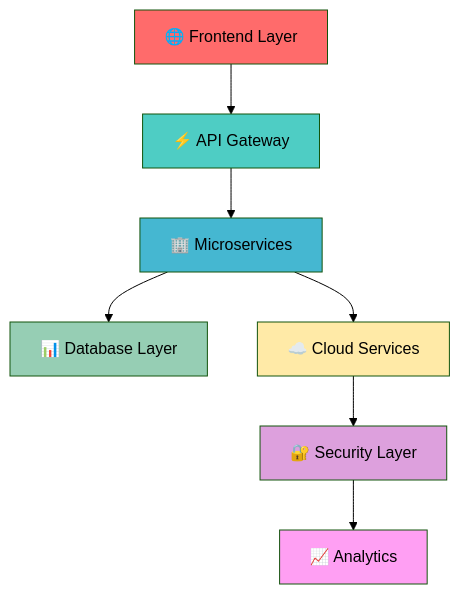
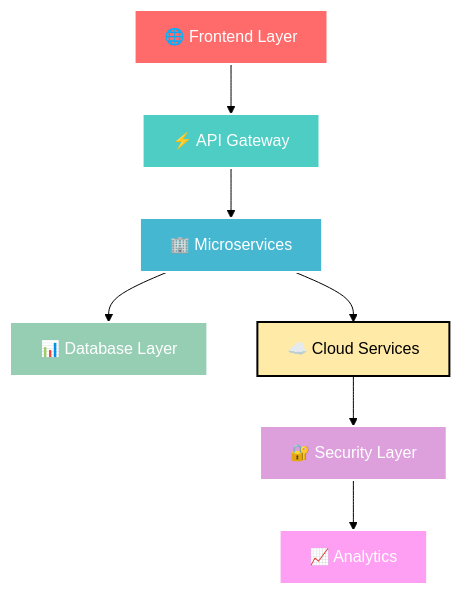
One commit to Gen-Spider/Gen-Spider changed the diagram in README.md. Above: the diagram before and after it, drawn with Mermaid (forest theme). The commit also changed other lines of this file, not shown here.

````diff
--- a/README.md
+++ b/README.md
@@ -163,17 +90,17 @@
 ```mermaid
 graph TD
     A[🌐 Frontend Layer] --> B[⚡ API Gateway]
     B --> C[🏢 Microservices]
     C --> D[📊 Database Layer]
     C --> E[☁️ Cloud Services]
     E --> F[🔐 Security Layer]
     F --> G[📈 Analytics]
     
-    style A fill:#ff6b6b
-    style B fill:#4ecdc4
-    style C fill:#45b7d1
-    style D fill:#96ceb4
-    style E fill:#ffeaa7
-    style F fill:#dda0dd
-    style G fill:#ff9ff3
+    style A fill:#ff6b6b,stroke:#fff,stroke-width:2px,color:#fff
+    style B fill:#4ecdc4,stroke:#fff,stroke-width:2px,color:#fff
+    style C fill:#45b7d1,stroke:#fff,stroke-width:2px,color:#fff
+    style D fill:#96ceb4,stroke:#fff,stroke-width:2px,color:#fff
+    style E fill:#ffeaa7,stroke:#000,stroke-width:2px,color:#000
+    style F fill:#dda0dd,stroke:#fff,stroke-width:2px,color:#fff
+    style G fill:#ff9ff3,stroke:#fff,stroke-width:2px,color:#fff
 ```
````
